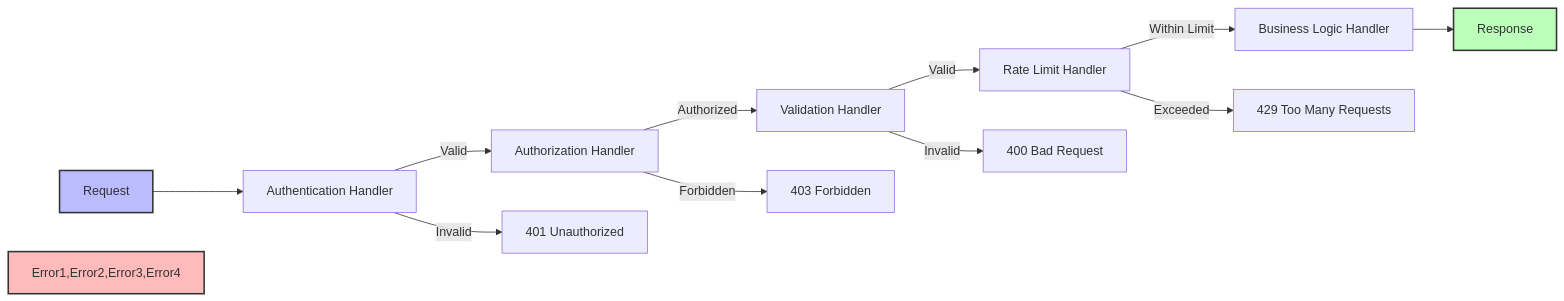
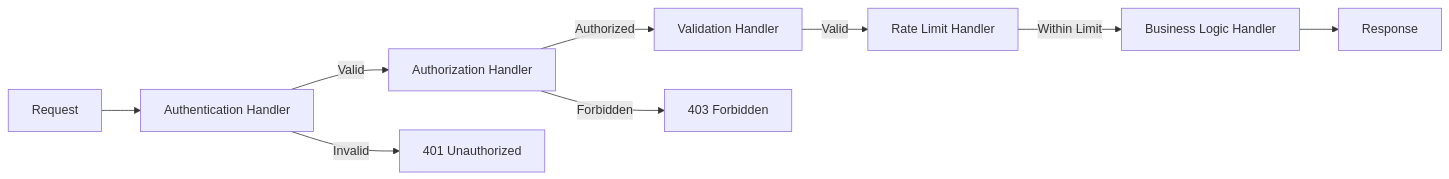
The third of 9 diagrams in ms-designpatterns/designpatterns.MD (83-TechWorld/interview-preparation), drawn with Mermaid before and after one commit. The commit also changed other lines of this file and 2 other files, not shown here.

````diff
--- a/ms-designpatterns/designpatterns.MD
+++ b/ms-designpatterns/designpatterns.MD
@@ -346,18 +125,12 @@
 ```mermaid
 graph LR
     Request[Request] --> H1[Authentication Handler]
     H1 -->|Valid| H2[Authorization Handler]
     H2 -->|Authorized| H3[Validation Handler]
     H3 -->|Valid| H4[Rate Limit Handler]
     H4 -->|Within Limit| H5[Business Logic Handler]
     H5 --> Response[Response]
 
     H1 -->|Invalid| Error1[401 Unauthorized]
     H2 -->|Forbidden| Error2[403 Forbidden]
-    H3 -->|Invalid| Error3[400 Bad Request]
-    H4 -->|Exceeded| Error4[429 Too Many Requests]
-
-    style Request fill:#bbf,stroke:#333,stroke-width:2px
-    style Response fill:#bfb,stroke:#333,stroke-width:2px
-    style Error1,Error2,Error3,Error4 fill:#fbb,stroke:#333,stroke-width:2px
 ```
````
